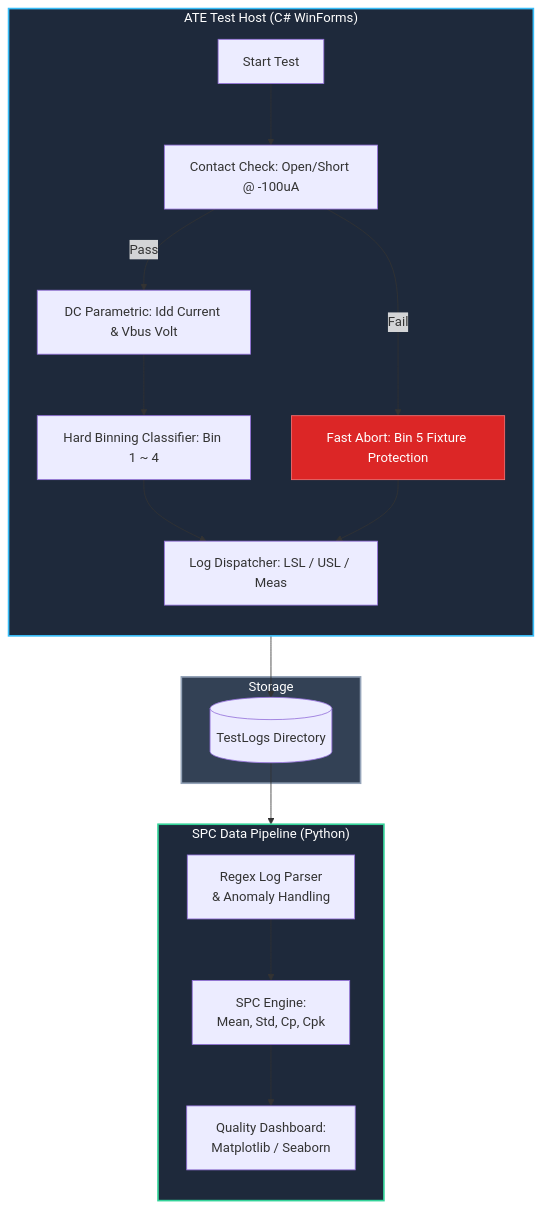
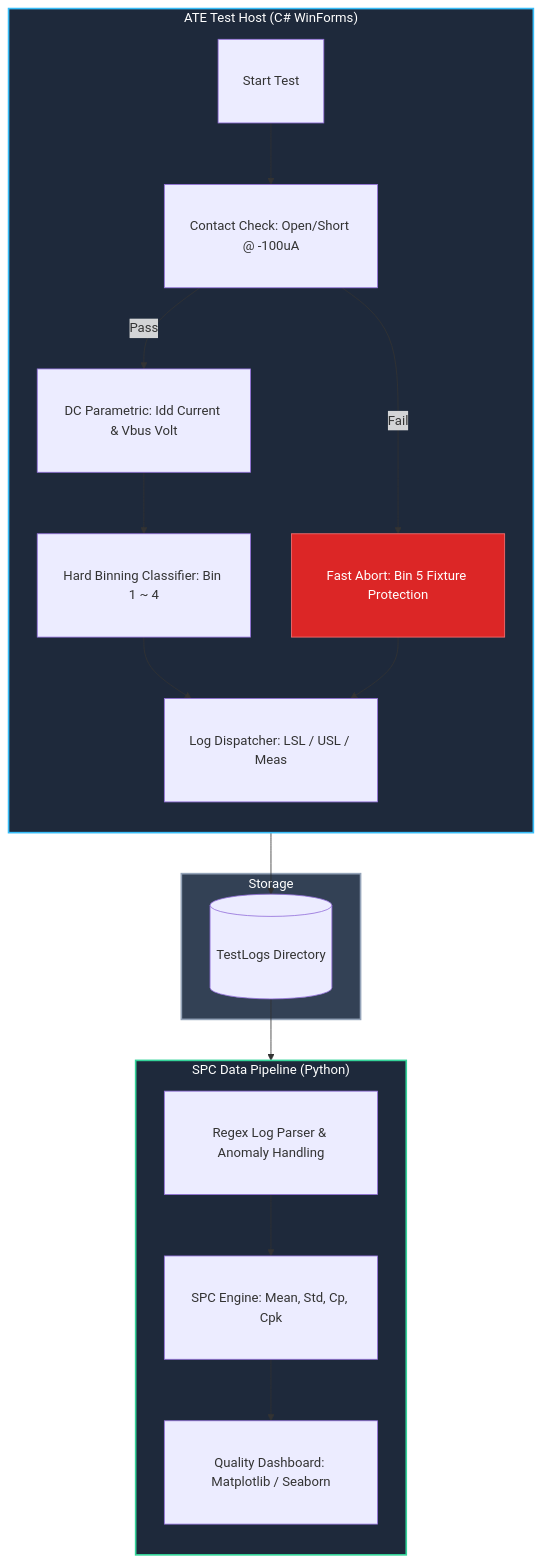
One commit to waynewang168/Semiconductor-ATE-Control-and-SPC_up changed the diagram in README.md. Above: the diagram before and after it, drawn with Mermaid.

````diff
--- a/README.md
+++ b/README.md
@@ -13,29 +13,34 @@
 ```mermaid
 flowchart TD
+    %% 全域樣式設定：統一加寬所有節點至 260px，並增加內邊距
+    classDef wideNode min-width:260px,padding:10px
+    classDef redAlert min-width:260px,padding:10px,fill:#dc2626,stroke:#f87171,color:#fff
+
     subgraph Host["ATE Test Host (C# WinForms)"]
         direction TB
-        A[Start Test] --> B["Contact Check: Open/Short @ -100uA"]
-        B -- Fail --> B5["Fast Abort: Bin 5 Fixture Protection"]
-        B -- Pass --> C["DC Parametric: Idd Current & Vbus Volt"]
-        C --> D["Hard Binning Classifier: Bin 1 ~ 4"]
-        D --> E["Log Dispatcher: LSL / USL / Meas"]
+        A["Start Test"]:::wideNode 
+        --> B["Contact Check: Open/Short @ -100uA"]:::wideNode
+        
+        B -- Fail --> B5["Fast Abort: Bin 5 Fixture Protection"]:::redAlert
+        B -- Pass --> C["DC Parametric: Idd Current & Vbus Volt"]:::wideNode
+        
+        C --> D["Hard Binning Classifier: Bin 1 ~ 4"]:::wideNode
+        D --> E["Log Dispatcher: LSL / USL / Meas"]:::wideNode
         B5 --> E
     end
 
     subgraph Storage["Storage"]
-        E --> F[(TestLogs Directory)]
+        E --> F[("TestLogs Directory")]:::wideNode
     end
 
     subgraph Analytics["SPC Data Pipeline (Python)"]
         direction TB
-        F --> G["Regex Log Parser<br/>& Anomaly Handling"]
-        G --> H["SPC Engine:<br/>Mean, Std, Cp, Cpk"]
-        H --> I["Quality Dashboard:<br/>Matplotlib / Seaborn"]
+        F --> G["Regex Log Parser & Anomaly Handling"]:::wideNode
+        G --> H["SPC Engine: Mean, Std, Cp, Cpk"]:::wideNode
+        H --> I["Quality Dashboard: Matplotlib / Seaborn"]:::wideNode
     end
 
     style Host fill:#1e293b,stroke:#38bdf8,stroke-width:2px,color:#fff
     style Analytics fill:#1e293b,stroke:#34d399,stroke-width:2px,color:#fff
     style Storage fill:#334155,stroke:#94a3b8,stroke-width:2px,color:#fff
-    style B5 fill:#dc2626,stroke:#f87171,color:#fff
-    style G min-width:220px
 ```
````
